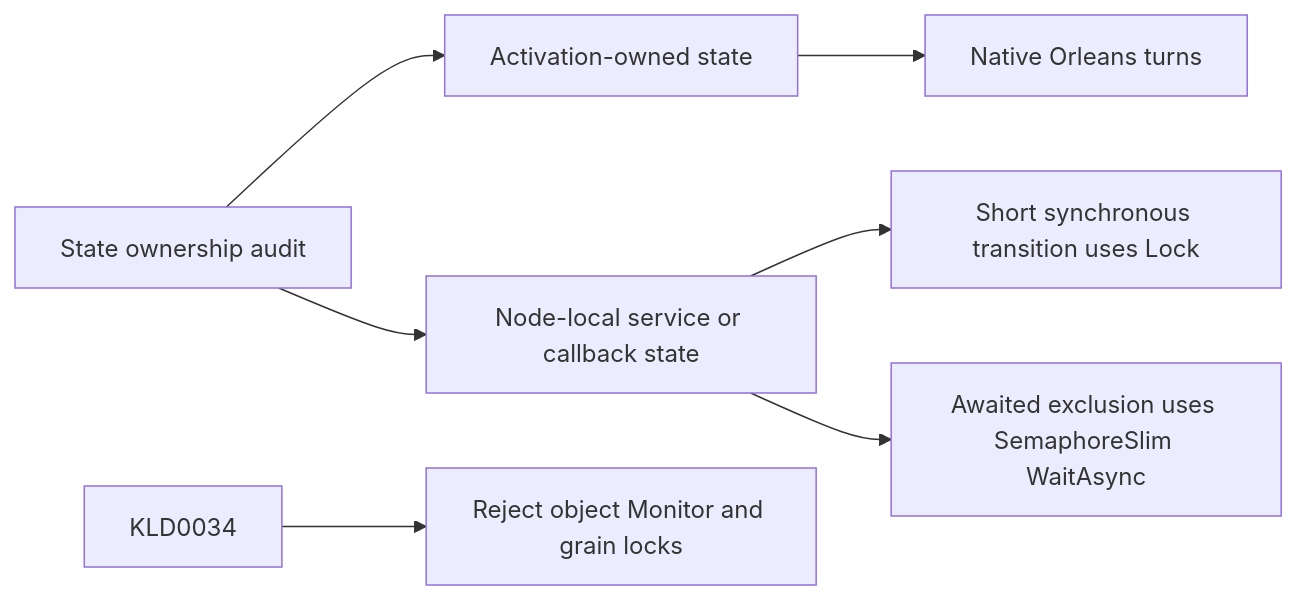
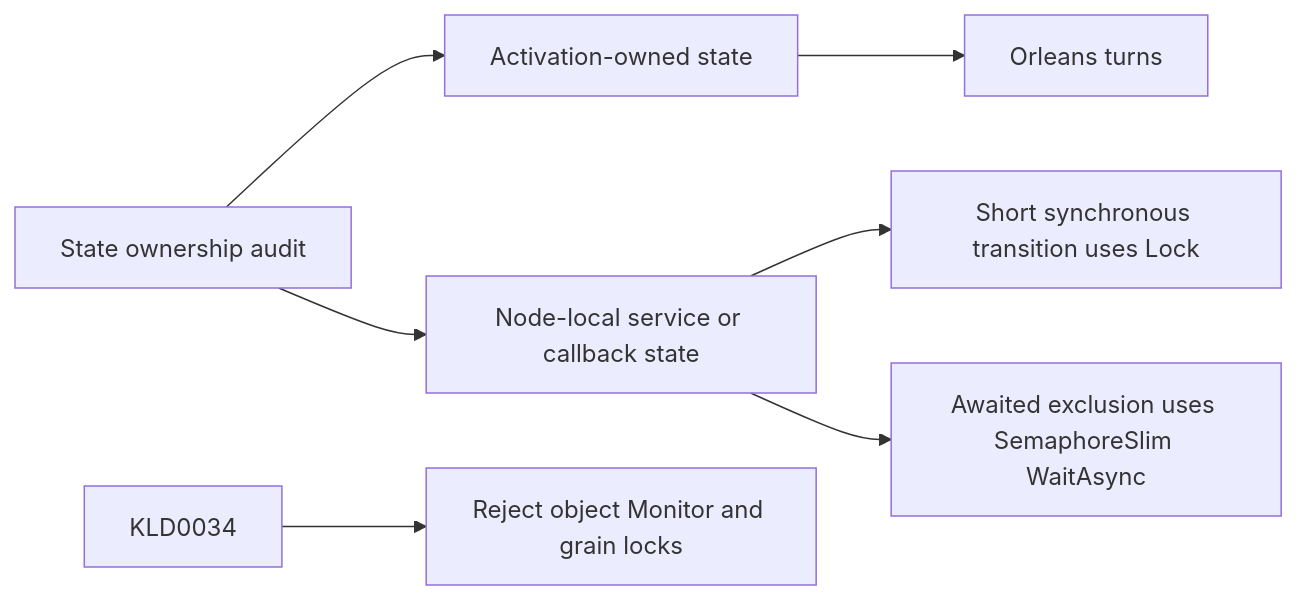
Before and after one commit to managedcode/KeyLoad: the diagram in docs/ADR/ADR-108-typed-synchronization.md, drawn with Mermaid. The commit also changed other lines of this file and 9016 other files, not shown here.

````diff
--- a/docs/ADR/ADR-108-typed-synchronization.md
+++ b/docs/ADR/ADR-108-typed-synchronization.md
@@ -33,9 +33,9 @@
 ```mermaid
 flowchart LR
     State[State ownership audit] --> Grain[Activation-owned state]
     State --> Shared[Node-local service or callback state]
-    Grain --> Scheduler[Native Orleans turns]
+    Grain --> Scheduler[Orleans turns]
     Shared --> Short[Short synchronous transition uses Lock]
     Shared --> Async[Awaited exclusion uses SemaphoreSlim WaitAsync]
     Compiler[KLD0034] --> Forbidden[Reject object Monitor and grain locks]
 ```
````
